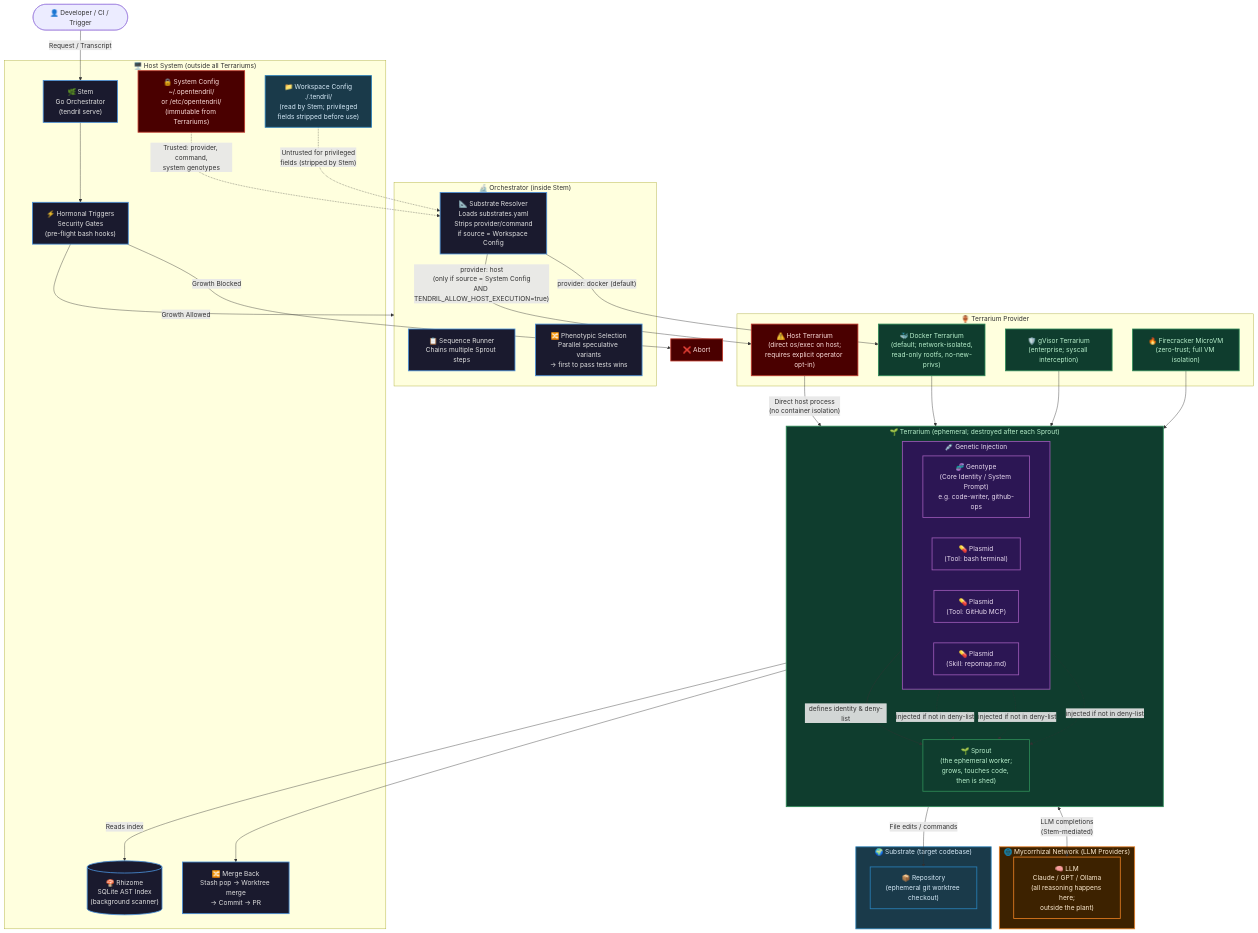
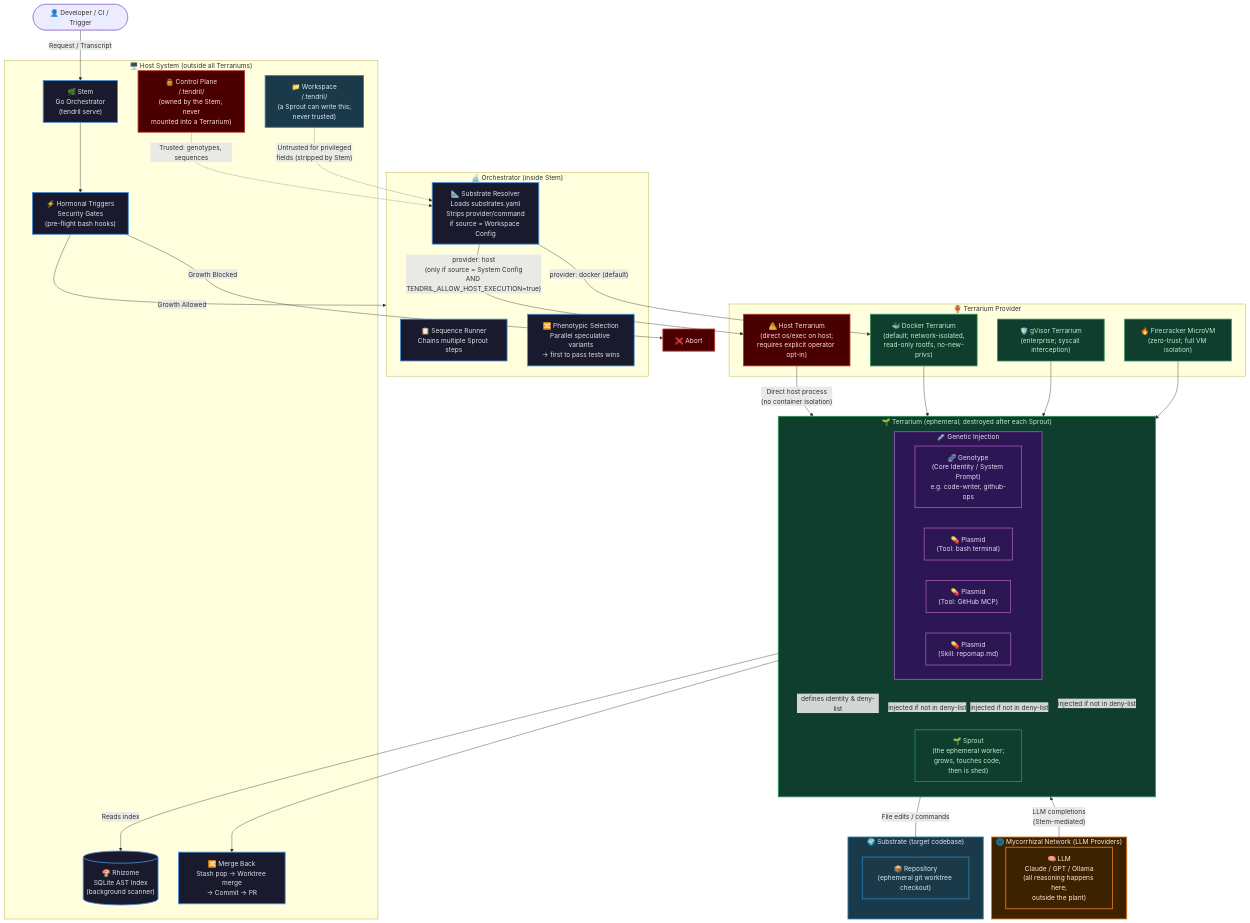
Before and after one commit to opentendril/opentendril: the first of 3 diagrams in docs/ARCHITECTURE-TAXONOMY.md, drawn with Mermaid. The commit also changed other lines of this file and 1 other file, not shown here.

First line of the commit message:
docs: the diagrams show the control plane, not a privileged directory (#404)

````diff
--- a/docs/ARCHITECTURE-TAXONOMY.md
+++ b/docs/ARCHITECTURE-TAXONOMY.md
@@ -23,8 +23,8 @@
         Stem["🌿 Stem\nGo Orchestrator\n(tendril serve)"]
         HT["⚡ Hormonal Triggers\nSecurity Gates\n(pre-flight bash hooks)"]
         Rhizome[("🍄 Rhizome\nSQLite AST Index\n(background scanner)")]
-        SystemConf["🔒 System Config\n~/.opentendril/\nor /etc/opentendril/\n(immutable from Terrariums)"]
-        WorkspaceConf["📁 Workspace Config\n./.tendril/\n(read by Stem; privileged\nfields stripped before use)"]
+        ControlPlane["🔒 Control Plane\n<Stem working dir>/.tendril/\n(owned by the Stem; never\nmounted into a Terrarium)"]
+        WorkspaceConf["📁 Workspace\n<checkout>/.tendril/\n(a Sprout can write this;\nnever trusted)"]
         MergeBack["🔀 Merge Back\nStash pop → Worktree merge\n→ Commit → PR"]
     end
 
@@ -85,13 +85,13 @@
     Sprout -->|"Reads index"| Rhizome
     TerrariumSandbox --> MergeBack
 
-    SystemConf -.->|"Trusted: provider, command,\nsystem genotypes"| SubstratePlan
+    ControlPlane -.->|"Trusted: genotypes, sequences"| SubstratePlan
     WorkspaceConf -.->|"Untrusted for privileged\nfields (stripped by Stem)"| SubstratePlan
 
     class Stem,HT,Rhizome,MergeBack,SeqRunner,PhenoSelect,SubstratePlan host
     class DockerProvider,GVisor,Firecracker,TerrariumSandbox,Sprout terrarium
     class Genotype,Plasmid1,Plasmid2,Plasmid3,GeneticInjection genetics
     class LLM,LLMNetwork external
-    class HostProvider,Abort,SystemConf security
+    class HostProvider,Abort,ControlPlane security
     class Repo,SubstrateLayer,WorkspaceConf data
 ```
````
